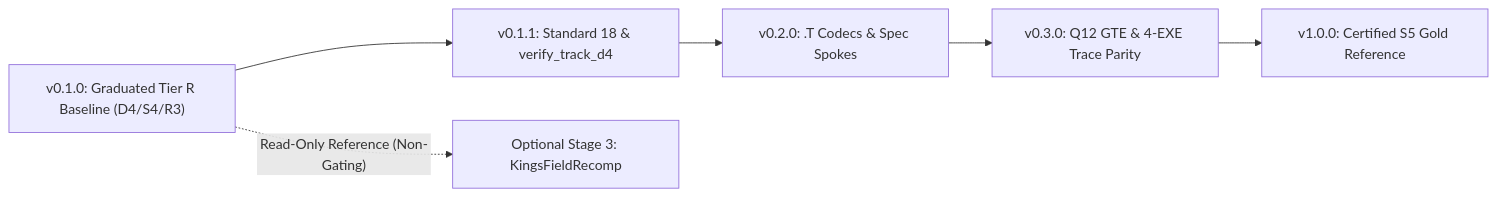
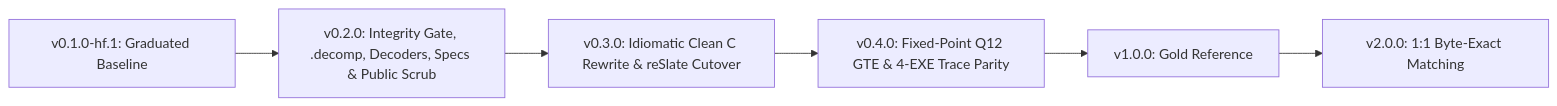
One commit to StreamResearch/CrownDepths-ForsakenIsle-SlateOne-02-Decomp changed the diagram in ROADMAP.md. Above: the diagram before and after it, drawn with Mermaid. The commit also changed other lines of this file and 66 other files, not shown here.

Commit message:
release: v0.2.0 clean-room stabilization, multi-tier modules, 96/96 specs, and .decomp pack

````diff
--- a/ROADMAP.md
+++ b/ROADMAP.md
@@ -14,8 +12,8 @@
 ```mermaid
 flowchart LR
-    V010["v0.1.0: Graduated Tier R Baseline (D4/S4/R3)"] --> V011["v0.1.1: Standard 18 & verify_track_d4"]
-    V011 --> V020["v0.2.0: .T Codecs & Spec Spokes"]
-    V020 --> V030["v0.3.0: Q12 GTE & 4-EXE Trace Parity"]
-    V030 --> V100["v1.0.0: Certified S5 Gold Reference"]
-    V010 -. "Read-Only Reference (Non-Gating)" .-> OptR["Optional Stage 3: KingsFieldRecomp"]
+    V010["v0.1.0-hf.1: Graduated Baseline"] --> V020["v0.2.0: Integrity Gate, .decomp, Decoders, Specs & Public Scrub"]
+    V020 --> V030["v0.3.0: Idiomatic Clean C Rewrite & reSlate Cutover"]
+    V030 --> V040["v0.4.0: Fixed-Point Q12 GTE & 4-EXE Trace Parity"]
+    V040 --> V100["v1.0.0: Gold Reference"]
+    V100 --> V200["v2.0.0: 1:1 Byte-Exact Matching"]
 ```
````
